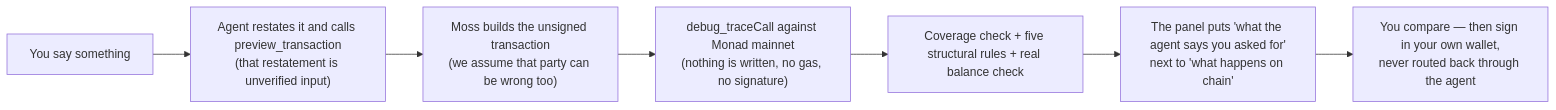
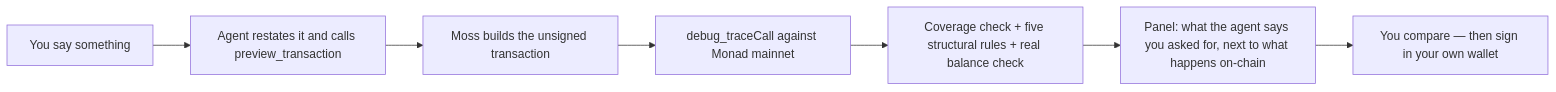
One commit to USDHGwang/Vigil changed the diagram in README.md. Above: the diagram before and after it, drawn with Mermaid. The commit also changed 1 other file, not shown here.

Commit message:
docs: fix mermaid rendering — remove br tags from node labels

````diff
--- a/README.md
+++ b/README.md
@@ -97,9 +97,9 @@
 ```mermaid
 flowchart LR
-    A["You say something"] --> B["Agent restates it and calls preview_transaction<br/>(that restatement is unverified input)"]
-    B --> C["Moss builds the unsigned transaction<br/>(we assume that party can be wrong too)"]
-    C --> D["debug_traceCall against Monad mainnet<br/>(nothing is written, no gas, no signature)"]
+    A["You say something"] --> B["Agent restates it and calls preview_transaction"]
+    B --> C["Moss builds the unsigned transaction"]
+    C --> D["debug_traceCall against Monad mainnet"]
     D --> E["Coverage check + five structural rules + real balance check"]
-    E --> F["The panel puts 'what the agent says you asked for'<br/>next to 'what happens on chain'"]
-    F --> G["You compare — then sign in your own wallet,<br/>never routed back through the agent"]
+    E --> F["Panel: what the agent says you asked for, next to what happens on-chain"]
+    F --> G["You compare — then sign in your own wallet"]
 ```
````
